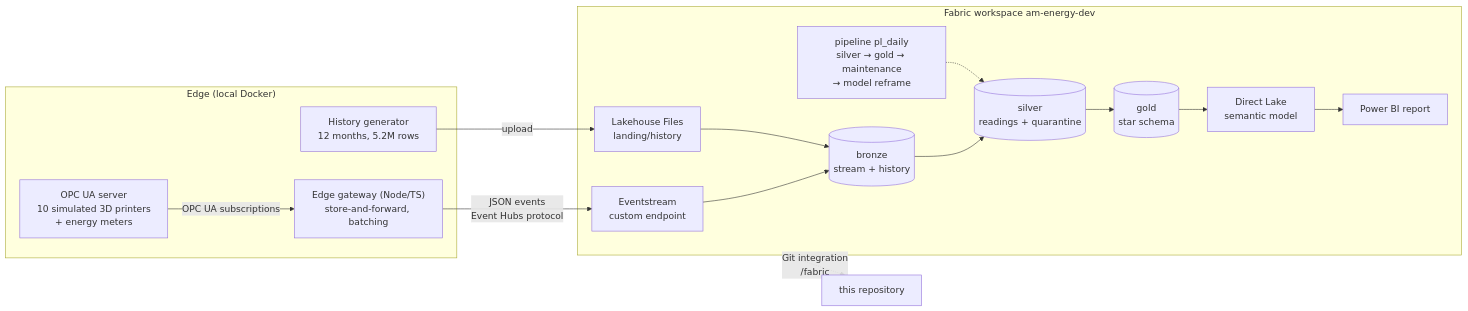
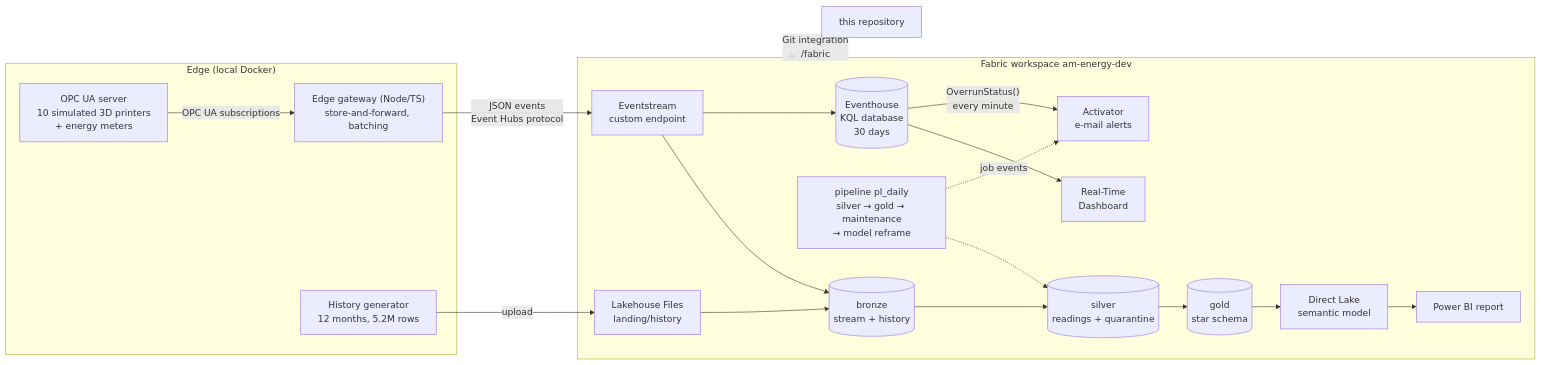
One commit to v-nc/fabric-am-energy changed the diagram in README.md. Above: the diagram before and after it, drawn with Mermaid. The commit also changed other lines of this file and 4 other files, not shown here.

First line of the commit message:
Real-time path: overrun status for alerting, exact freshness counts, docs

````diff
--- a/README.md
+++ b/README.md
@@ -41,27 +43,33 @@
 ```mermaid
 flowchart LR
   subgraph edge["Edge (local Docker)"]
     sim["OPC UA server<br/>10 simulated 3D printers<br/>+ energy meters"]
     gw["Edge gateway (Node/TS)<br/>store-and-forward, batching"]
     hist["History generator<br/>12 months, 5.2M rows"]
     sim -- "OPC UA subscriptions" --> gw
   end
 
   subgraph fabric["Fabric workspace am-energy-dev"]
     es["Eventstream<br/>custom endpoint"]
     files["Lakehouse Files<br/>landing/history"]
     bronze[("bronze<br/>stream + history")]
     silver[("silver<br/>readings + quarantine")]
     gold[("gold<br/>star schema")]
     sm["Direct Lake<br/>semantic model"]
     rpt["Power BI report"]
     pl["pipeline pl_daily<br/>silver → gold → maintenance<br/>→ model reframe"]
+    kql[("Eventhouse<br/>KQL database<br/>30 days")]
+    rtd["Real-Time<br/>Dashboard"]
+    act["Activator<br/>e-mail alerts"]
     es --> bronze
     files --> bronze --> silver --> gold --> sm --> rpt
     pl -.-> silver
+    es --> kql --> rtd
+    kql -- "OverrunStatus()<br/>every minute" --> act
+    pl -. "job events" .-> act
   end
 
   gw -- "JSON events<br/>Event Hubs protocol" --> es
   hist -- "upload" --> files
   fabric <-. "Git integration<br/>/fabric" .-> repo["this repository"]
 ```
````
